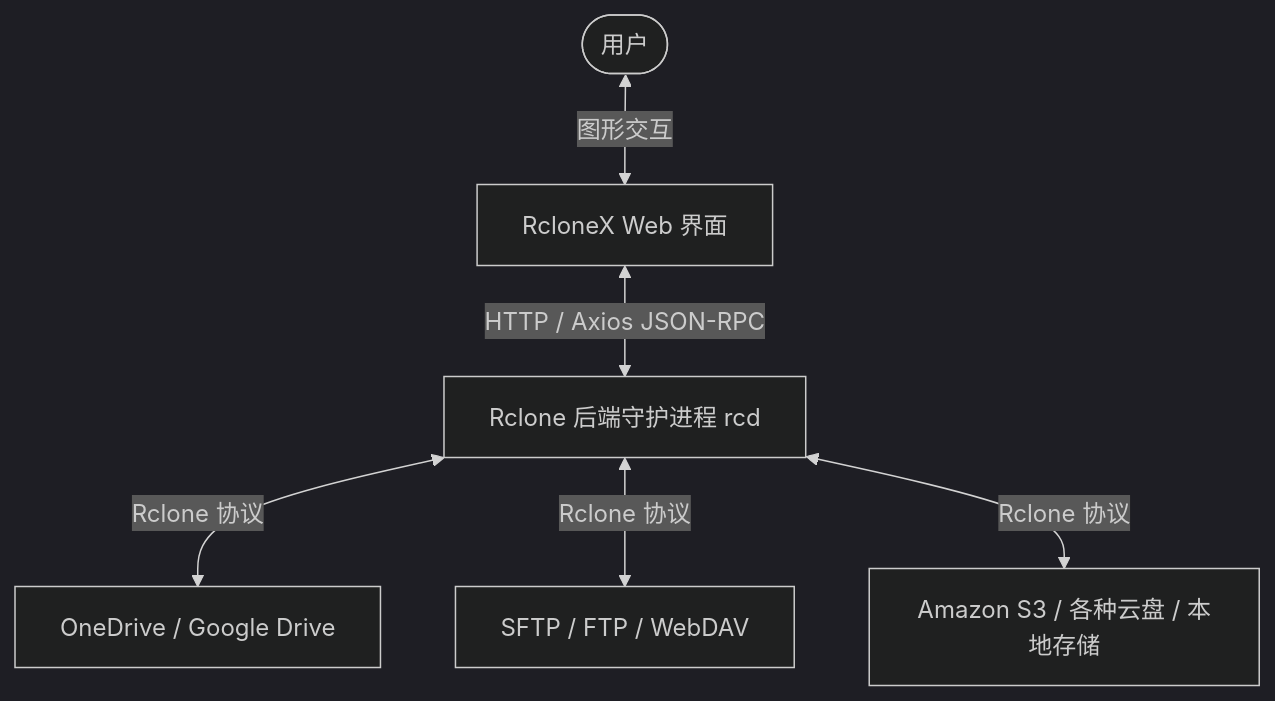
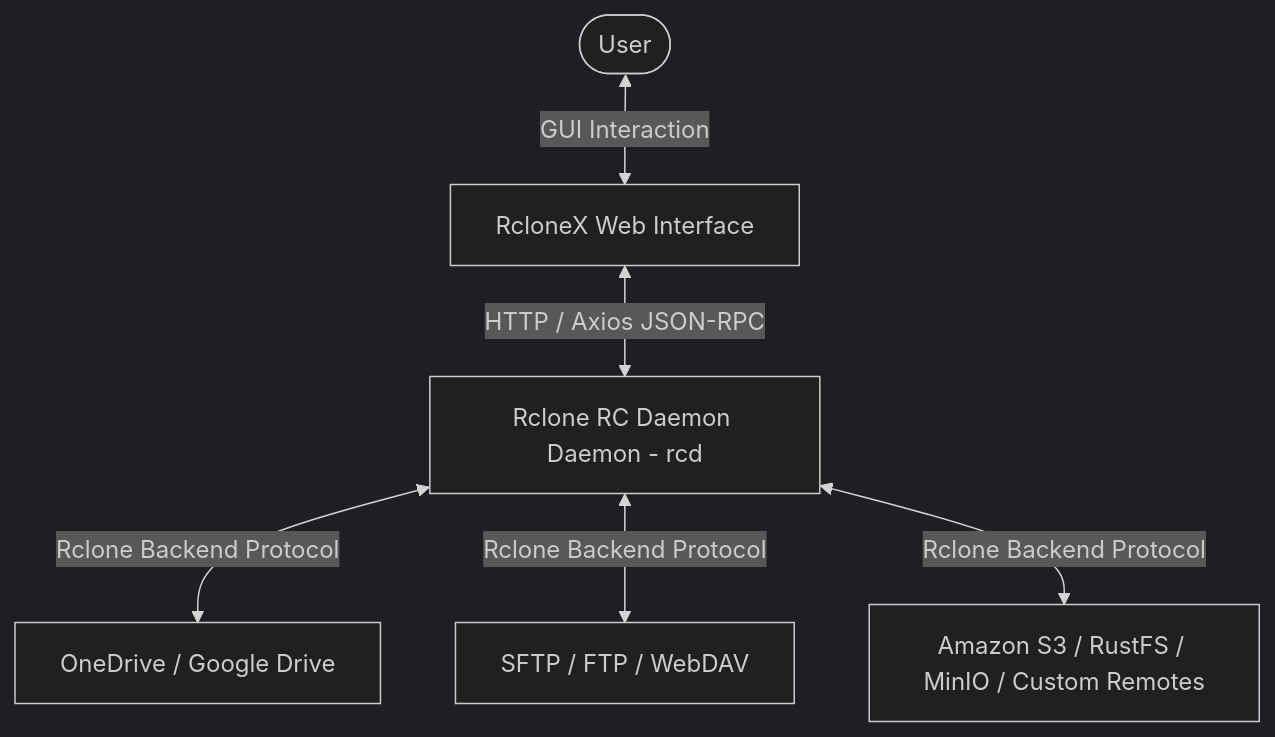
The diagram in README.md (hurole/RcloneX), drawn with Mermaid (dark theme) before and after one commit. The commit also changed other lines of this file and 1 other file, not shown here.

````diff
--- a/README.md
+++ b/README.md
@@ -48,8 +55,8 @@
 ```mermaid
 graph TD
-    User([用户]) <-->|图形交互| UI[RcloneX Web 界面]
-    UI <-->|HTTP / Axios JSON-RPC| RClone[Rclone 后端守护进程 rcd]
-    RClone <-->|Rclone 协议| Remote1[OneDrive / Google Drive]
-    RClone <-->|Rclone 协议| Remote2[SFTP / FTP / WebDAV]
-    RClone <-->|Rclone 协议| Remote3[Amazon S3 / 各种云盘 / 本地存储]
+    User([User]) <-->|GUI Interaction| UI[RcloneX Web Interface]
+    UI <-->|HTTP / Axios JSON-RPC| RClone[Rclone RC Daemon Daemon - rcd]
+    RClone <-->|Rclone Backend Protocol| Remote1[OneDrive / Google Drive]
+    RClone <-->|Rclone Backend Protocol| Remote2[SFTP / FTP / WebDAV]
+    RClone <-->|Rclone Backend Protocol| Remote3[Amazon S3 / RustFS / MinIO / Custom Remotes]
 ```
````
